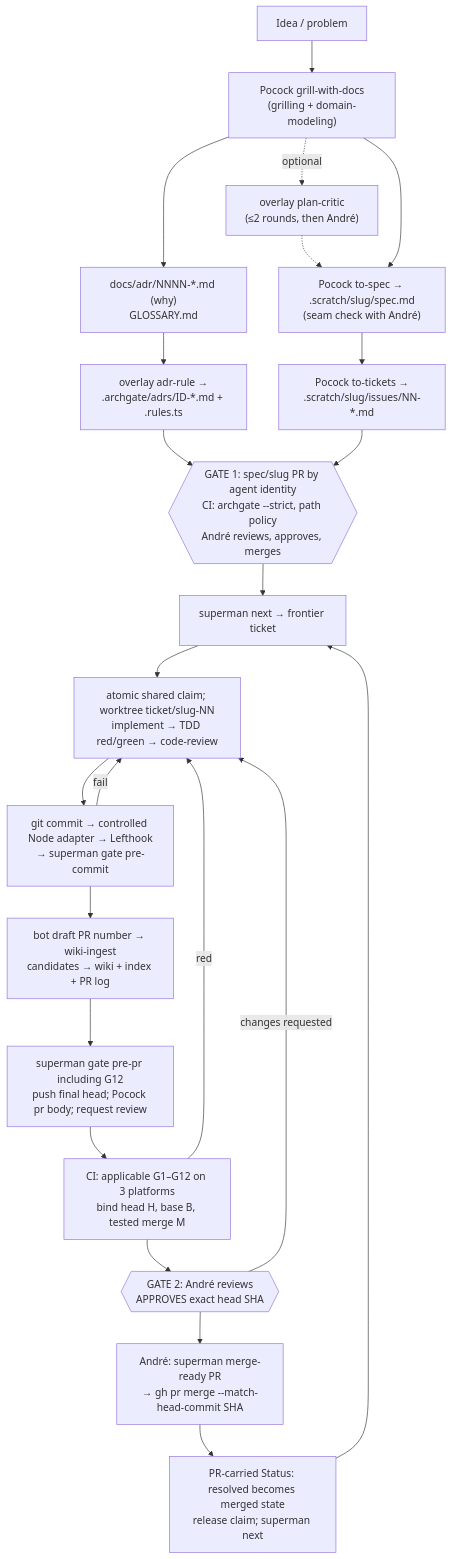
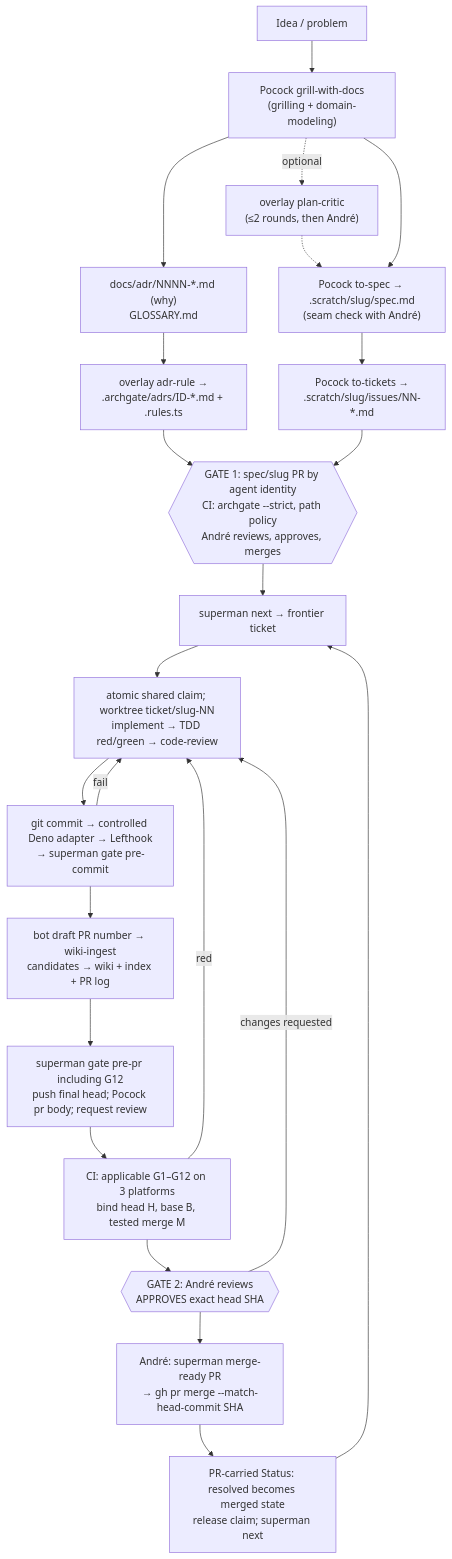
One commit to r3dlex/superman changed the diagram in .scratch/superman-v0/spec.md. Above: the diagram before and after it, drawn with Mermaid. The commit also changed other lines of this file and 57 other files, not shown here.

First line of the commit message:
spec: publish Gate 1 Deno and quality preparation without activation

````diff
--- a/.scratch/superman-v0/spec.md
+++ b/.scratch/superman-v0/spec.md
@@ -664,25 +736,25 @@
 ```mermaid
 flowchart TD
   I[Idea / problem] --> G["Pocock grill-with-docs<br/>(grilling + domain-modeling)"]
   G --> ADR["docs/adr/NNNN-*.md (why)<br/>GLOSSARY.md"]
   G -.optional.-> PC["overlay plan-critic<br/>(≤2 rounds, then André)"]
   PC -.-> S
   G --> S["Pocock to-spec → .scratch/slug/spec.md<br/>(seam check with André)"]
   ADR --> AR["overlay adr-rule →<br/>.archgate/adrs/ID-*.md + .rules.ts"]
   S --> T["Pocock to-tickets →<br/>.scratch/slug/issues/NN-*.md"]
   AR --> P1
   T --> P1{{"GATE 1: spec/slug PR by agent identity<br/>CI: archgate --strict, path policy<br/>André reviews, approves, merges"}}
   P1 --> N["superman next → frontier ticket"]
   N --> W["atomic shared claim; worktree ticket/slug-NN<br/>implement → TDD red/green → code-review"]
-  W --> C["git commit → controlled Node adapter → Lefthook<br/>→ superman gate pre-commit"]
+   W --> C["git commit → controlled Deno adapter → Lefthook<br/>→ superman gate pre-commit"]
   C -->|fail| W
   C --> K["bot draft PR number → wiki-ingest<br/>candidates → wiki + index + PR log"]
   K --> PP["superman gate pre-pr including G12<br/>push final head; Pocock pr body; request review"]
   PP --> CI["CI: applicable G1–G12 on 3 platforms<br/>bind head H, base B, tested merge M"]
   CI -->|red| W
   CI --> P2{{"GATE 2: André reviews<br/>APPROVES exact head SHA"}}
   P2 -->|changes requested| W
   P2 --> MR["André: superman merge-ready PR<br/>→ gh pr merge --match-head-commit SHA"]
   MR --> X["PR-carried Status: resolved becomes merged state<br/>release claim; superman next"]
   X --> N
 ```
````
